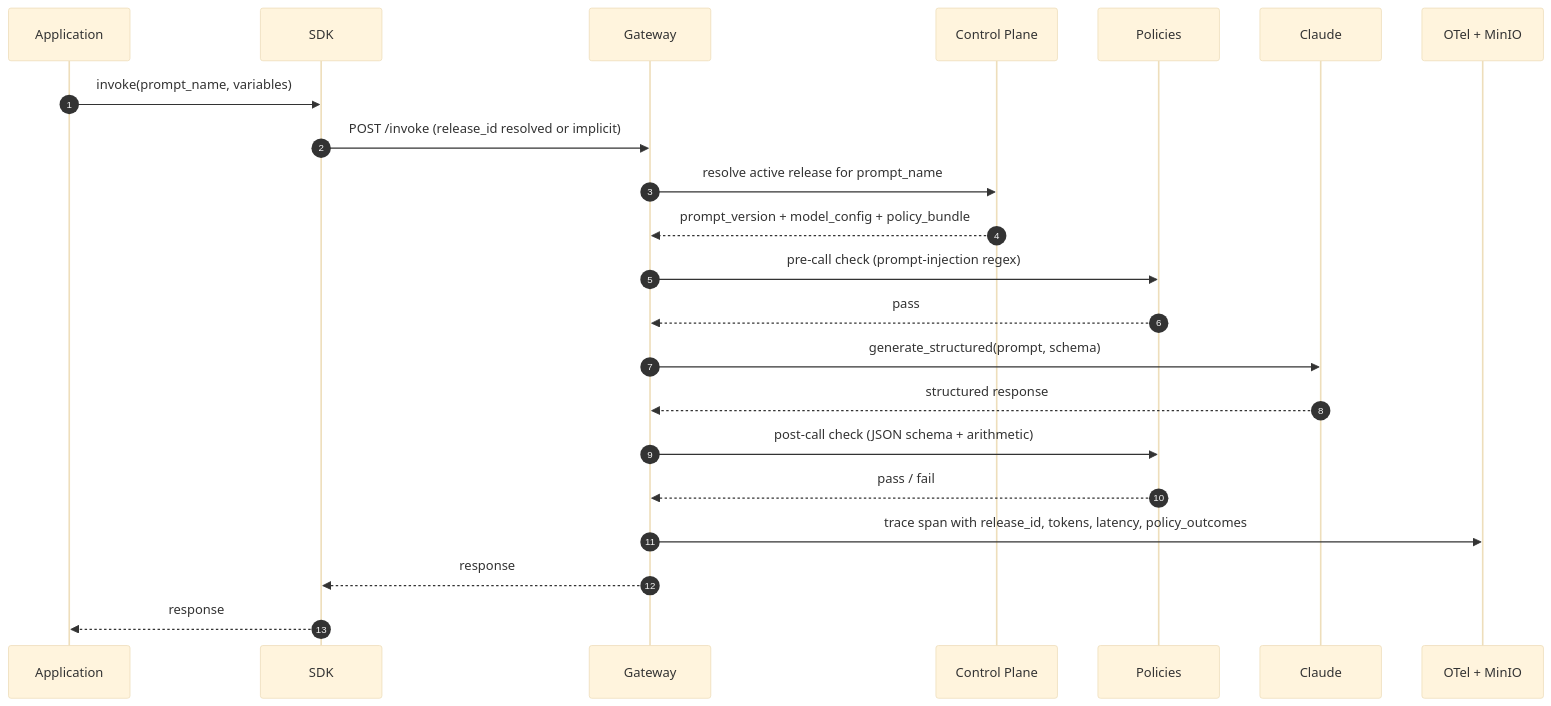
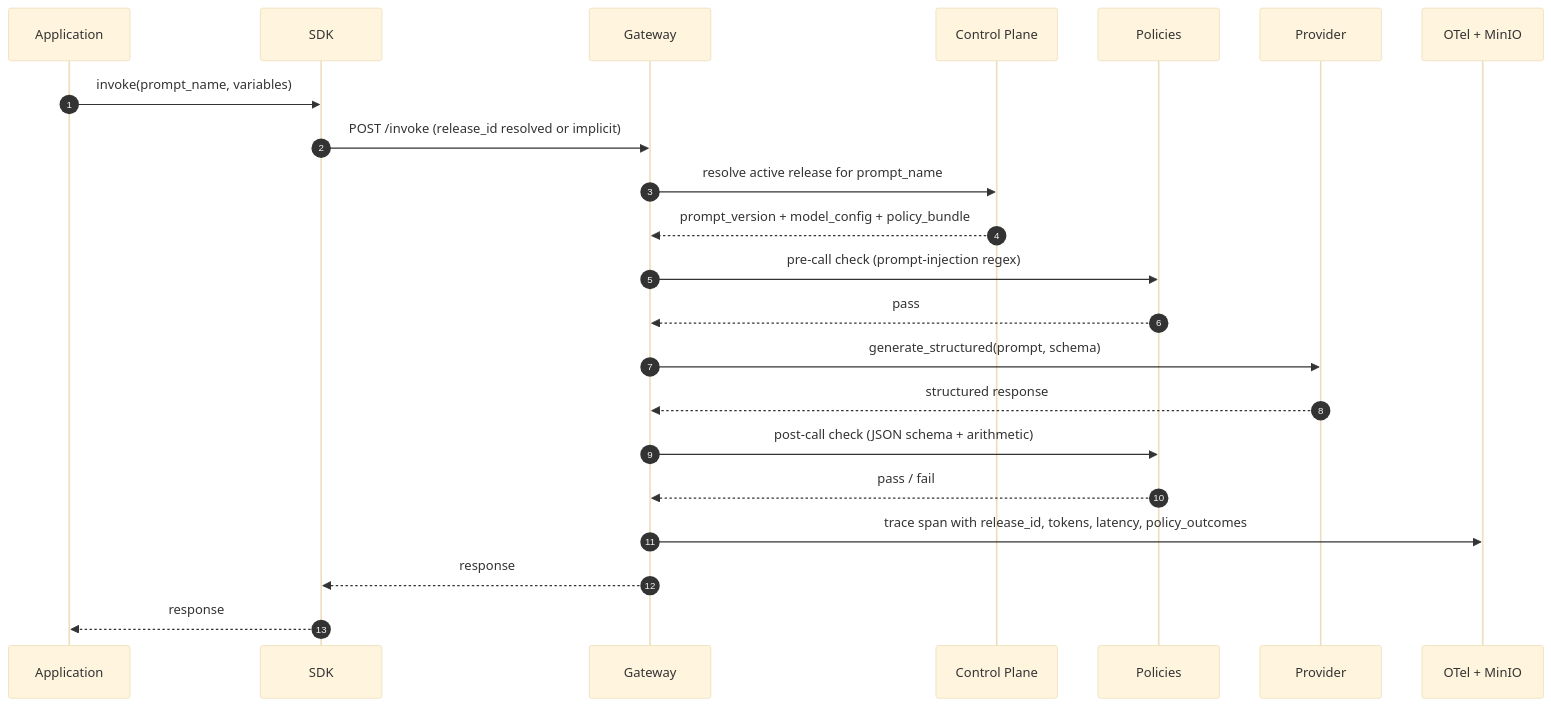
One commit to rkendev/releaseplane changed the first of 2 diagrams in docs/ARCHITECTURE.md. Above: the diagram before and after it, drawn with Mermaid (base theme). The commit also changed other lines of this file and 9 other files, not shown here.

````diff
--- a/docs/ARCHITECTURE.md
+++ b/docs/ARCHITECTURE.md
@@ -14,25 +14,25 @@
 ```mermaid
 sequenceDiagram
     autonumber
     participant App as Application
     participant SDK
     participant GW as Gateway
     participant CP as Control Plane
     participant Pol as Policies
-    participant LLM as Claude
+    participant LLM as Provider
     participant Obs as OTel + MinIO
 
     App->>SDK: invoke(prompt_name, variables)
     SDK->>GW: POST /invoke (release_id resolved or implicit)
     GW->>CP: resolve active release for prompt_name
     CP-->>GW: prompt_version + model_config + policy_bundle
     GW->>Pol: pre-call check (prompt-injection regex)
     Pol-->>GW: pass
     GW->>LLM: generate_structured(prompt, schema)
     LLM-->>GW: structured response
     GW->>Pol: post-call check (JSON schema + arithmetic)
     Pol-->>GW: pass / fail
     GW->>Obs: trace span with release_id, tokens, latency, policy_outcomes
     GW-->>SDK: response
     SDK-->>App: response
 ```
````
